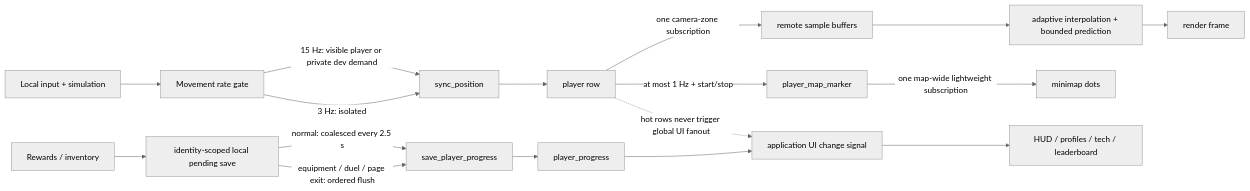
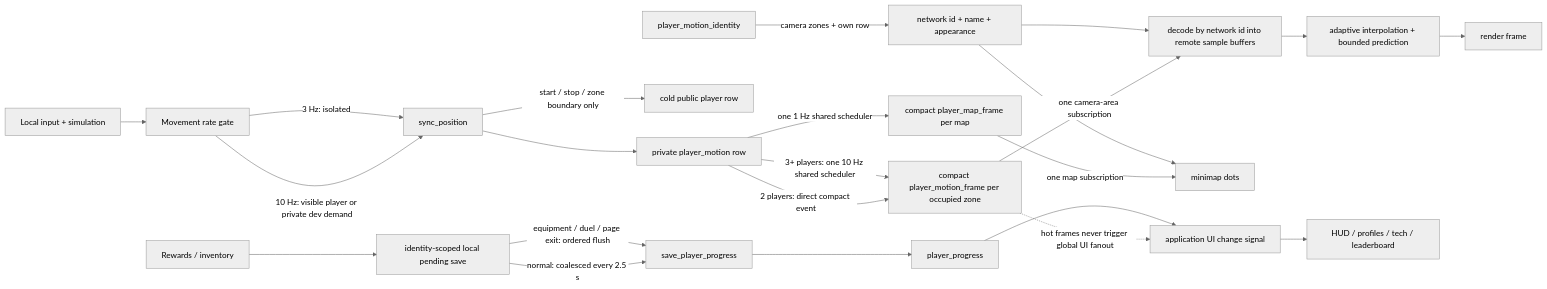
The first of 4 diagrams in docs/realtime-data-flow.md (Tydoskus/wildwood), drawn with Mermaid (neutral theme) before and after one commit. The commit also changed other lines of this file and 19 other files, not shown here.

Commit message:
Release 0.423 compact movement frames

````diff
--- a/docs/realtime-data-flow.md
+++ b/docs/realtime-data-flow.md
@@ -7,22 +7,29 @@
 ```mermaid
 flowchart LR
   Input["Local input + simulation"] --> PositionGate["Movement rate gate"]
-  PositionGate -->|"15 Hz: visible player or private dev demand"| PositionReducer["sync_position"]
+  PositionGate -->|"10 Hz: visible player or private dev demand"| PositionReducer["sync_position"]
   PositionGate -->|"3 Hz: isolated"| PositionReducer
-  PositionReducer --> PlayerRow["player row"]
-  PlayerRow -->|"one camera-zone subscription"| MotionCache["remote sample buffers"]
+  PositionReducer --> PrivateMotion["private player_motion row"]
+  PrivateMotion -->|"2 players: direct compact event"| ZoneBatch["compact player_motion_frame per occupied zone"]
+  PrivateMotion -->|"3+ players: one 10 Hz shared scheduler"| ZoneBatch
+  ZoneBatch -->|"one camera-area subscription"| MotionCache["decode by network id into remote sample buffers"]
   MotionCache --> Interpolation["adaptive interpolation + bounded prediction"]
   Interpolation --> Frame["render frame"]
 
-  PlayerRow -->|"at most 1 Hz + start/stop"| MarkerRow["player_map_marker"]
-  MarkerRow -->|"one map-wide lightweight subscription"| Minimap["minimap dots"]
+  PositionReducer -->|"start / stop / zone boundary only"| PlayerRow["cold public player row"]
+  PrivateMotion -->|"one 1 Hz shared scheduler"| MapBatch["compact player_map_frame per map"]
+  MapBatch -->|"one map subscription"| Minimap["minimap dots"]
+
+  Presence["player_motion_identity"] -->|"camera zones + own row"| IdentityCache["network id + name + appearance"]
+  IdentityCache --> MotionCache
+  IdentityCache --> Minimap
 
   Rewards["Rewards / inventory"] --> Pending["identity-scoped local pending save"]
   Pending -->|"normal: coalesced every 2.5 s"| ProgressReducer["save_player_progress"]
   Pending -->|"equipment / duel / page exit: ordered flush"| ProgressReducer
   ProgressReducer --> ProgressRow["player_progress"]
 
-  PlayerRow -. "hot rows never trigger global UI fanout" .-> UiSignal["application UI change signal"]
+  ZoneBatch -. "hot frames never trigger global UI fanout" .-> UiSignal["application UI change signal"]
   ProgressRow --> UiSignal
   UiSignal --> Windows["HUD / profiles / tech / leaderboard"]
 ```
````
